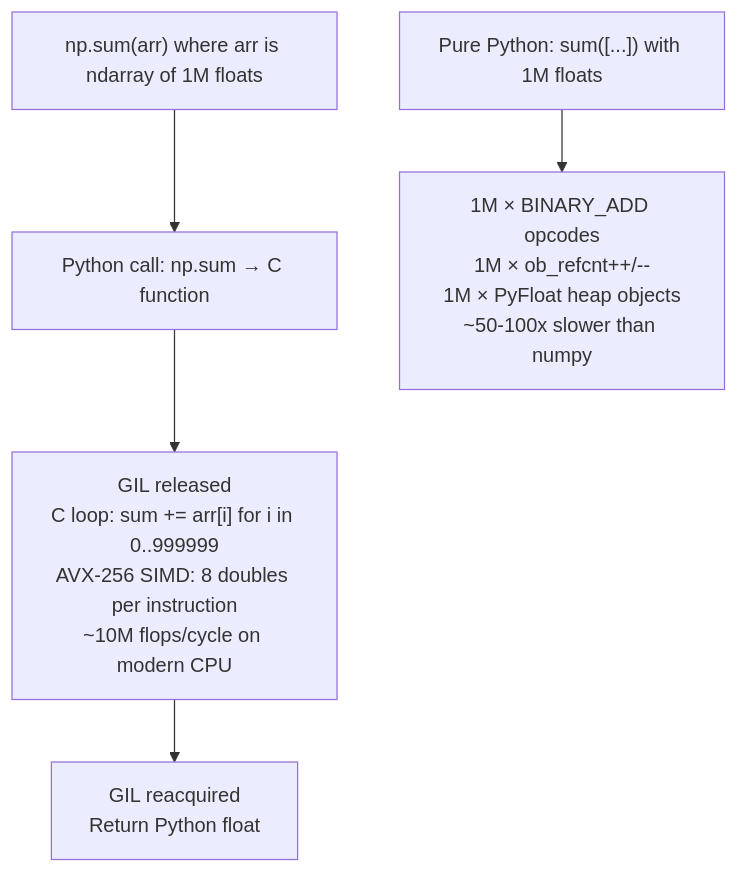
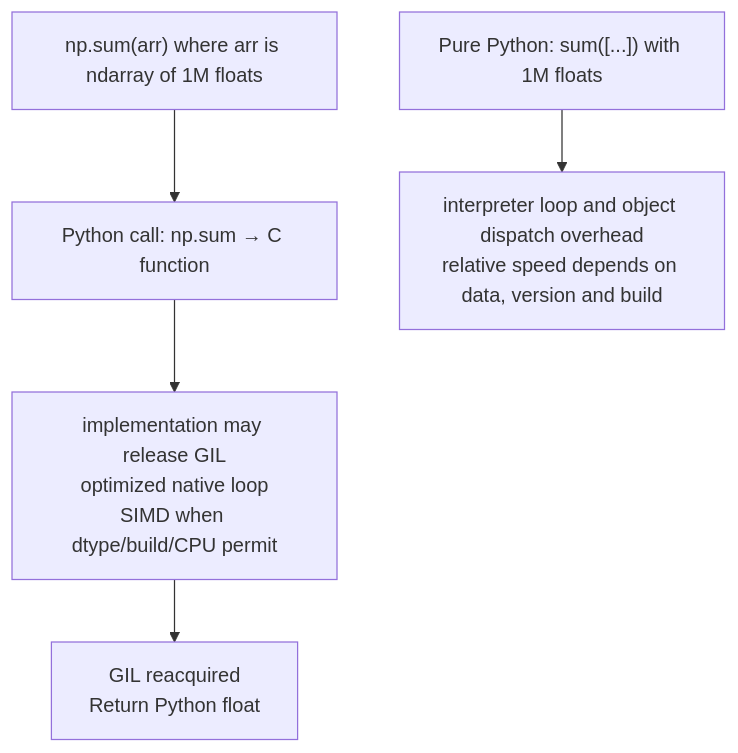
Before and after one commit to choisimo/document: diagram 14 of 20 in content/docs/books/cs-reference/ko/python-internals.md, drawn with Mermaid. The commit also changed other lines of this file and 504 other files, not shown here.

````diff
--- a/content/docs/books/cs-reference/ko/python-internals.md
+++ b/content/docs/books/cs-reference/ko/python-internals.md
@@ -480,10 +490,10 @@
 ```mermaid
 flowchart TD
     A["np.sum(arr) where arr is ndarray of 1M floats"] 
     A --> B["Python call: np.sum → C function"]
-    B --> C["GIL released\nC loop: sum += arr[i] for i in 0..999999\nAVX-256 SIMD: 8 doubles per instruction\n~10M flops/cycle on modern CPU"]
+    B --> C["implementation may release GIL\noptimized native loop\nSIMD when dtype/build/CPU permit"]
     C --> D["GIL reacquired\nReturn Python float"]
     
     E["Pure Python: sum([...]) with 1M floats"] 
-    E --> F["1M × BINARY_ADD opcodes\n1M × ob_refcnt++/--\n1M × PyFloat heap objects\n~50-100x slower than numpy"]
+    E --> F["interpreter loop and object dispatch overhead\nrelative speed depends on data, version and build"]
 ```
````
